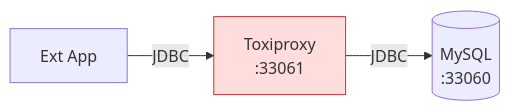
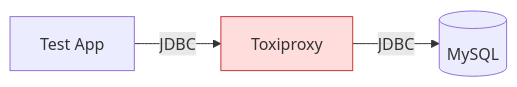
Before and after one commit to quarkiverse/quarkus-telemetry-ai: the third of 4 diagrams in docs/supplementary/BLOG.adoc, drawn with Mermaid. The commit also changed other lines of this file and 5 other files, not shown here.

Commit message:
Update docs to use Mermaid. Remove proxy, app from docs and blog.

```diff
--- a/docs/supplementary/BLOG.adoc
+++ b/docs/supplementary/BLOG.adoc
@@ -253,7 +240,7 @@
 [mermaid]
 ....
 flowchart LR
-App[Ext App] -->|JDBC| Toxi[Toxiproxy\n:33061]
-Toxi -->|JDBC| DB[(MySQL\n:33060)]
+App[Test App] -->|JDBC| Toxi[Toxiproxy]
+Toxi -->|JDBC| DB[(MySQL)]
 style Toxi fill:#fdd,stroke:#c33
 ....
```
